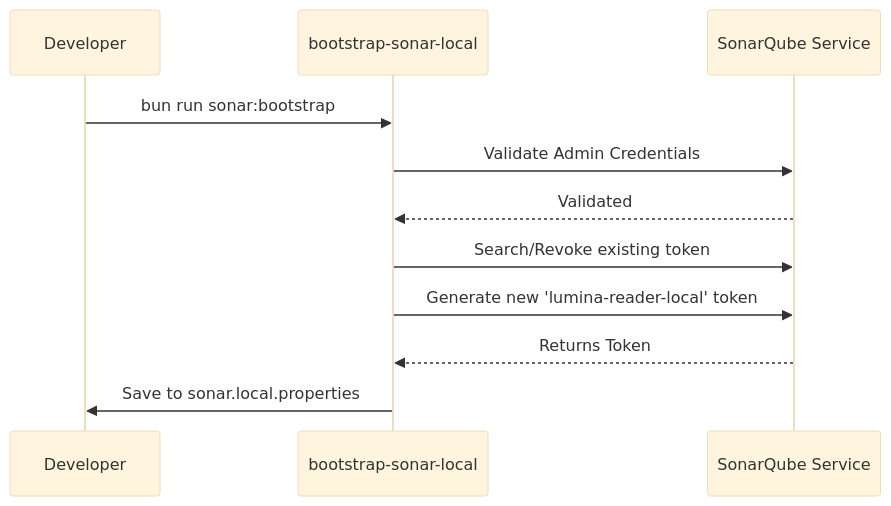
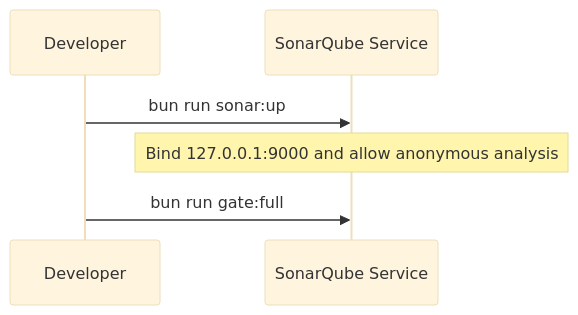
The second of 2 diagrams in .cubic/wiki/09-section-tools/01-p-local-setup.md (immagiov4/Nous), drawn with Mermaid (base theme) before and after one commit. The commit also changed other lines of this file and 14 other files, not shown here.

Commit message:
chore: make local Sonar analysis tokenless

````diff
--- a/.cubic/wiki/09-section-tools/01-p-local-setup.md
+++ b/.cubic/wiki/09-section-tools/01-p-local-setup.md
@@ -94,13 +94,8 @@
 ```mermaid
 sequenceDiagram
     participant Dev as Developer
-    participant Script as bootstrap-sonar-local
     participant Sonar as SonarQube Service
-    Dev->>Script: bun run sonar:bootstrap
-    Script->>Sonar: Validate Admin Credentials
-    Sonar-->>Script: Validated
-    Script->>Sonar: Search/Revoke existing token
-    Script->>Sonar: Generate new 'lumina-reader-local' token
-    Sonar-->>Script: Returns Token
-    Script->>Dev: Save to sonar.local.properties
+    Dev->>Sonar: bun run sonar:up
+    Note over Sonar: Bind 127.0.0.1:9000 and allow anonymous analysis
+    Dev->>Sonar: bun run gate:full
 ```
````
